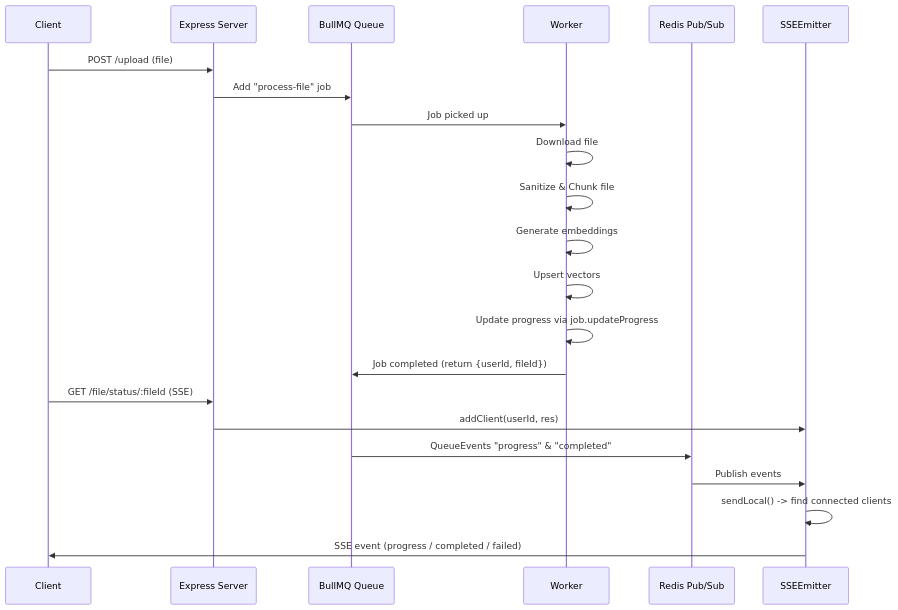
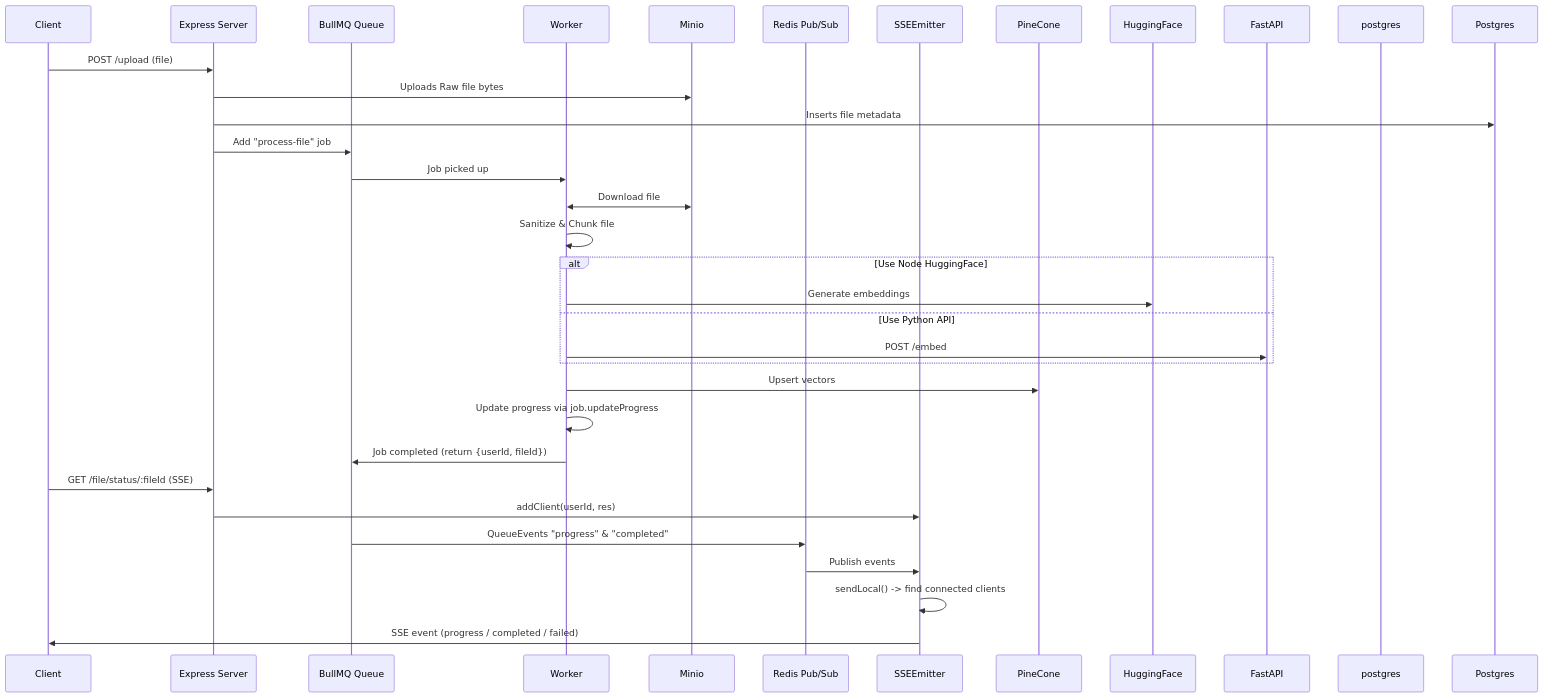
One commit to Hitvardhan-Singh-Solanki/user-doc-chat changed the diagram in README.md. Above: the diagram before and after it, drawn with Mermaid.

Commit message:
updating readme file

````diff
--- a/README.md
+++ b/README.md
@@ -34,28 +34,39 @@
 ```mermaid
 sequenceDiagram
     participant Client
     participant Express as Express Server
     participant BullMQQueue as BullMQ Queue
     participant Worker
+    participant Minio
     participant RedisPubSub as Redis Pub/Sub
     participant SSEEmitter as SSEEmitter
+    participant PineCone
+    participant HuggingFace
+    participant FastAPI
+    participant postgres
 
     Client->>Express: POST /upload (file)
+    Express ->> Minio: Uploads Raw file bytes
+    Express ->> Postgres: Inserts file metadata
     Express->>BullMQQueue: Add "process-file" job
     BullMQQueue->>Worker: Job picked up
-    Worker->>Worker: Download file
+    Worker<<->>Minio: Download file
     Worker->>Worker: Sanitize & Chunk file
-    Worker->>Worker: Generate embeddings
-    Worker->>Worker: Upsert vectors
+    alt Use Node HuggingFace
+        Worker->>HuggingFace: Generate embeddings
+    else Use Python API
+        Worker->>FastAPI: POST /embed
+    end
+    Worker->>PineCone: Upsert vectors
     Worker->>Worker: Update progress via job.updateProgress
     Worker->>BullMQQueue: Job completed (return {userId, fileId})
 
     Client->>Express: GET /file/status/:fileId (SSE)
     Express->>SSEEmitter: addClient(userId, res)
 
     BullMQQueue->>RedisPubSub: QueueEvents "progress" & "completed"
     RedisPubSub->>SSEEmitter: Publish events
     SSEEmitter->>SSEEmitter: sendLocal() -> find connected clients
     SSEEmitter->>Client: SSE event (progress / completed / failed)
 
 ```
````
